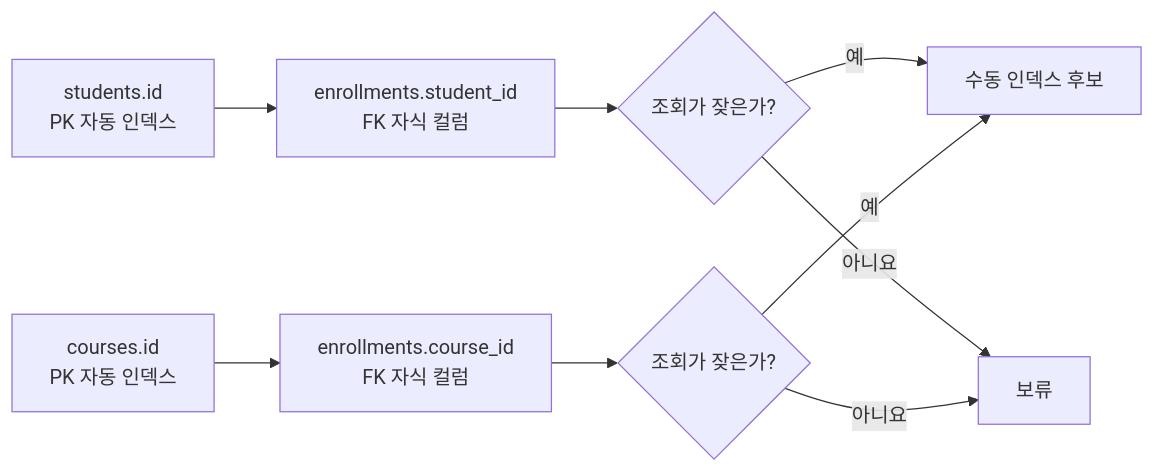
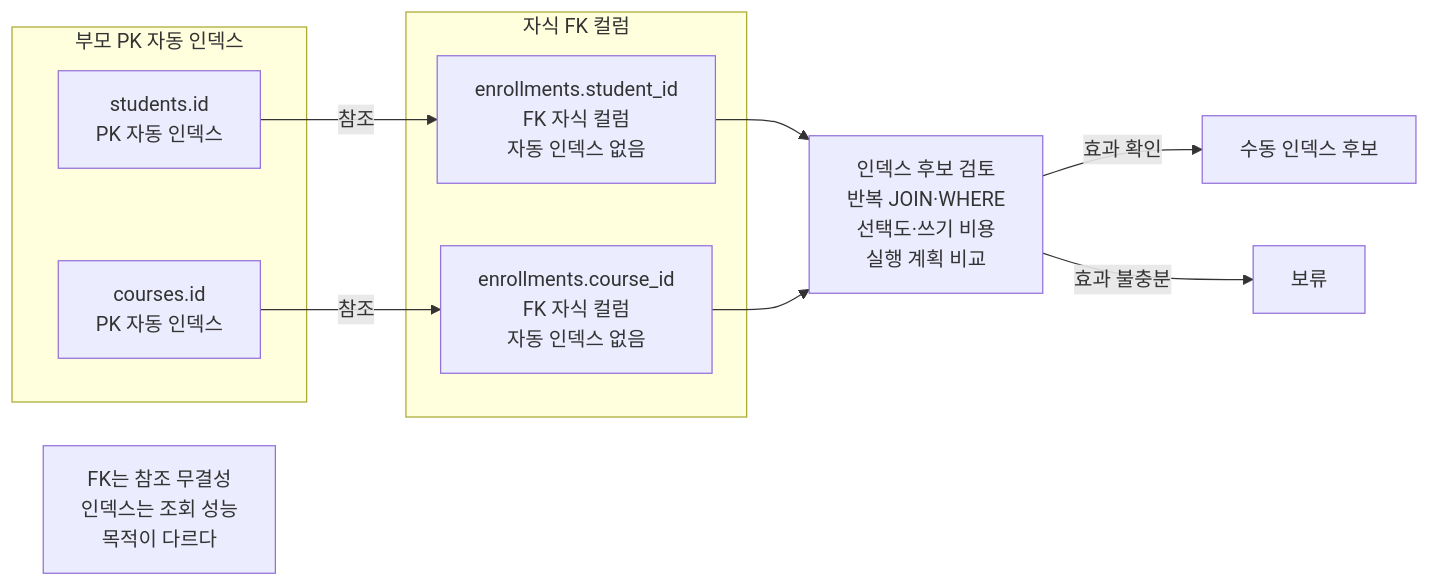
One commit to GilbertMoon/ai-database-book changed the diagram in images/chapter10/ch10_05_join_foreign_key_index.mmd. Above: the diagram before and after it, drawn with Mermaid.

Commit message:
Clarify Chapter 10 FK index decision flow

```diff
--- a/images/chapter10/ch10_05_join_foreign_key_index.mmd
+++ b/images/chapter10/ch10_05_join_foreign_key_index.mmd
@@ -1,13 +1,19 @@
 flowchart LR
-    A[students.id
-PK 자동 인덱스] --> B[enrollments.student_id
-FK 자식 컬럼]
-    C[courses.id
-PK 자동 인덱스] --> D[enrollments.course_id
-FK 자식 컬럼]
-    B --> E{조회가 잦은가?}
-    D --> F{조회가 잦은가?}
-    E -- 예 --> G[수동 인덱스 후보]
-    F -- 예 --> G
-    E -- 아니요 --> H[보류]
-    F -- 아니요 --> H
+    subgraph PARENT[부모 PK 자동 인덱스]
+        A[students.id<br/>PK 자동 인덱스]
+        C[courses.id<br/>PK 자동 인덱스]
+    end
+
+    subgraph CHILD[자식 FK 컬럼]
+        B[enrollments.student_id<br/>FK 자식 컬럼<br/>자동 인덱스 없음]
+        D[enrollments.course_id<br/>FK 자식 컬럼<br/>자동 인덱스 없음]
+    end
+
+    A -->|참조| B
+    C -->|참조| D
+    B --> E[인덱스 후보 검토<br/>반복 JOIN·WHERE<br/>선택도·쓰기 비용<br/>실행 계획 비교]
+    D --> E
+    E -->|효과 확인| G[수동 인덱스 후보]
+    E -->|효과 불충분| H[보류]
+
+    N[FK는 참조 무결성<br/>인덱스는 조회 성능<br/>목적이 다르다]
```
